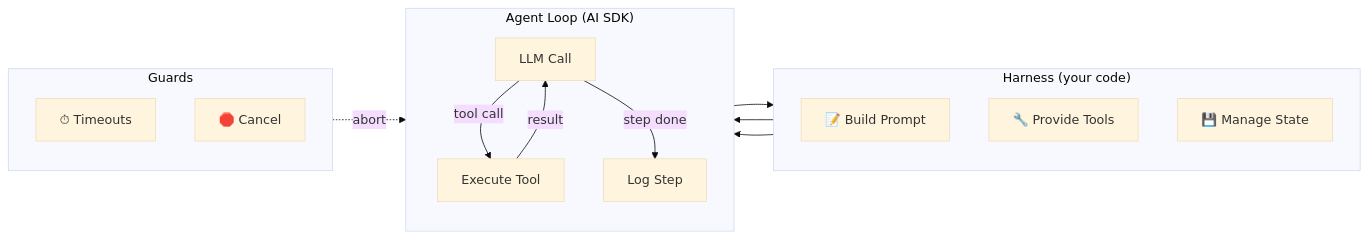
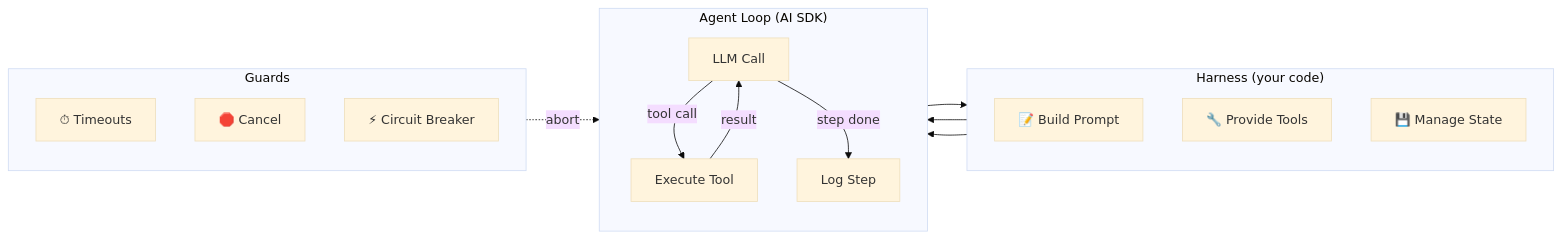
The first of 7 diagrams in docs/architecture/08-agent-harness.md (reffdev/auto-swe), drawn with Mermaid (base theme) before and after one commit. The commit also changed other lines of this file and 18 other files, not shown here.

````diff
--- a/docs/architecture/08-agent-harness.md
+++ b/docs/architecture/08-agent-harness.md
@@ -7,29 +13,30 @@
 ```mermaid
 graph LR
     subgraph Harness["Harness (your code)"]
         direction TB
         Prompt["📝 Build Prompt"]
         Tools["🔧 Provide Tools"]
         State["💾 Manage State"]
     end
 
     subgraph Loop["Agent Loop (AI SDK)"]
         direction TB
         Call["LLM Call"]
         Exec["Execute Tool"]
         Log["Log Step"]
         Call -->|tool call| Exec -->|result| Call
         Call -->|step done| Log
     end
 
     subgraph Guards["Guards"]
         direction TB
         Timeout["⏱ Timeouts"]
         Cancel["🛑 Cancel"]
+        Circuit["⚡ Circuit Breaker"]
     end
 
     Prompt --> Loop
     Tools --> Loop
     Loop --> State
     Guards -.->|abort| Loop
 ```
````
